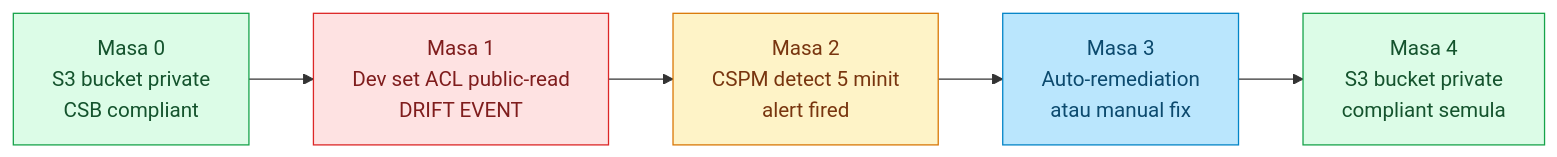
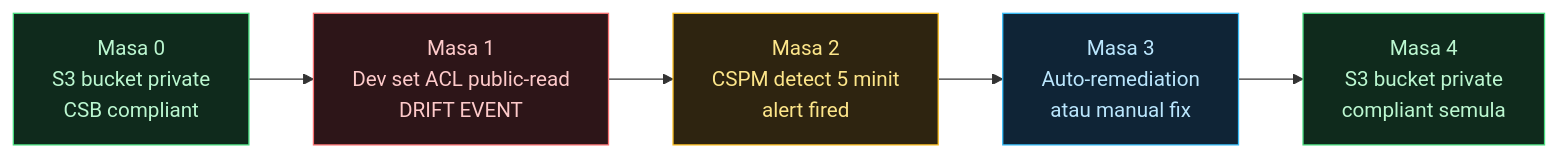
One commit to arifbazli/malay-tech-journal changed the second of 3 diagrams in src/content/posts/ms/cse-02-cloud-baseline-security.md. Above: the diagram before and after it, drawn with Mermaid. The commit also changed other lines of this file and 16 other files, not shown here.

First line of the commit message:
fix(mermaid): fix light-theme colors and rendering bugs across all diagrams

````diff
--- a/src/content/posts/ms/cse-02-cloud-baseline-security.md
+++ b/src/content/posts/ms/cse-02-cloud-baseline-security.md
@@ -263,13 +262,13 @@
 ```mermaid
 flowchart LR
   T0["Masa 0<br/>S3 bucket private<br/>CSB compliant"]:::ok
   T1["Masa 1<br/>Dev set ACL public-read<br/>DRIFT EVENT"]:::drift
   T2["Masa 2<br/>CSPM detect 5 minit<br/>alert fired"]:::alert
   T3["Masa 3<br/>Auto-remediation<br/>atau manual fix"]:::fix
   T4["Masa 4<br/>S3 bucket private<br/>compliant semula"]:::ok
   T0 --> T1 --> T2 --> T3 --> T4
-  classDef ok fill:#dcfce7,stroke:#16a34a,color:#14532d
-  classDef drift fill:#fee2e2,stroke:#dc2626,color:#7f1d1d
-  classDef alert fill:#fef3c7,stroke:#d97706,color:#78350f
-  classDef fix fill:#bae6fd,stroke:#0284c7,color:#0c4a6e
+  classDef ok fill:#0f2a1c,stroke:#4ade80,color:#bbf7d0
+  classDef drift fill:#2d1518,stroke:#f87171,color:#fecaca
+  classDef alert fill:#2e2410,stroke:#fbbf24,color:#fde68a
+  classDef fix fill:#0f2436,stroke:#38bdf8,color:#bae6fd
 ```
````
